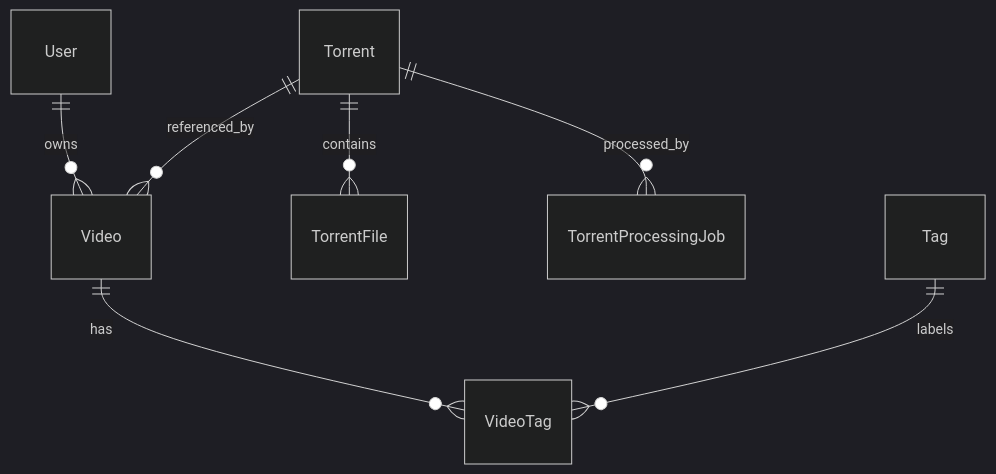
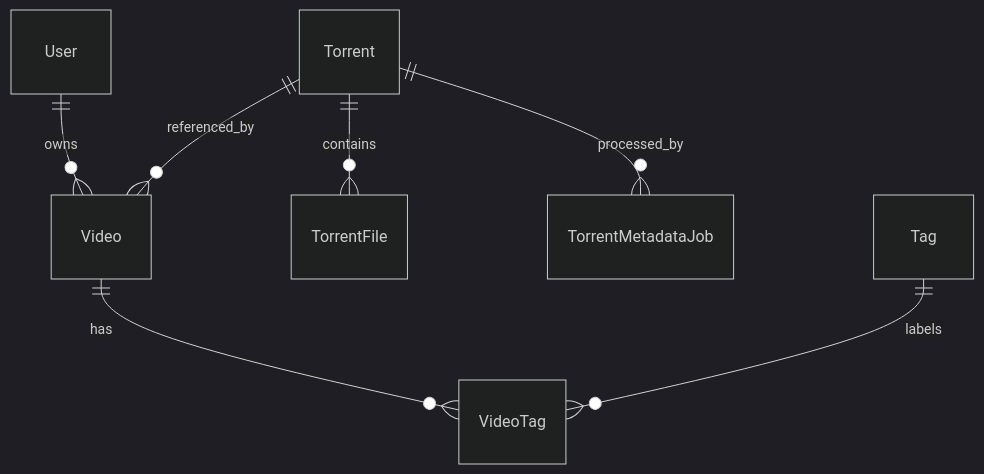
The diagram in docs/data-model.md (Co2Link/MyMediaVault), drawn with Mermaid (dark theme) before and after one commit. The commit also changed other lines of this file and 70 other files, not shown here.

````diff
--- a/docs/data-model.md
+++ b/docs/data-model.md
@@ -8,9 +8,9 @@
 ```mermaid
 erDiagram
   User ||--o{ Video : owns
   Torrent ||--o{ Video : referenced_by
   Torrent ||--o{ TorrentFile : contains
-  Torrent ||--o{ TorrentProcessingJob : processed_by
+  Torrent ||--o{ TorrentMetadataJob : processed_by
   Video ||--o{ VideoTag : has
   Tag ||--o{ VideoTag : labels
 ```
````
